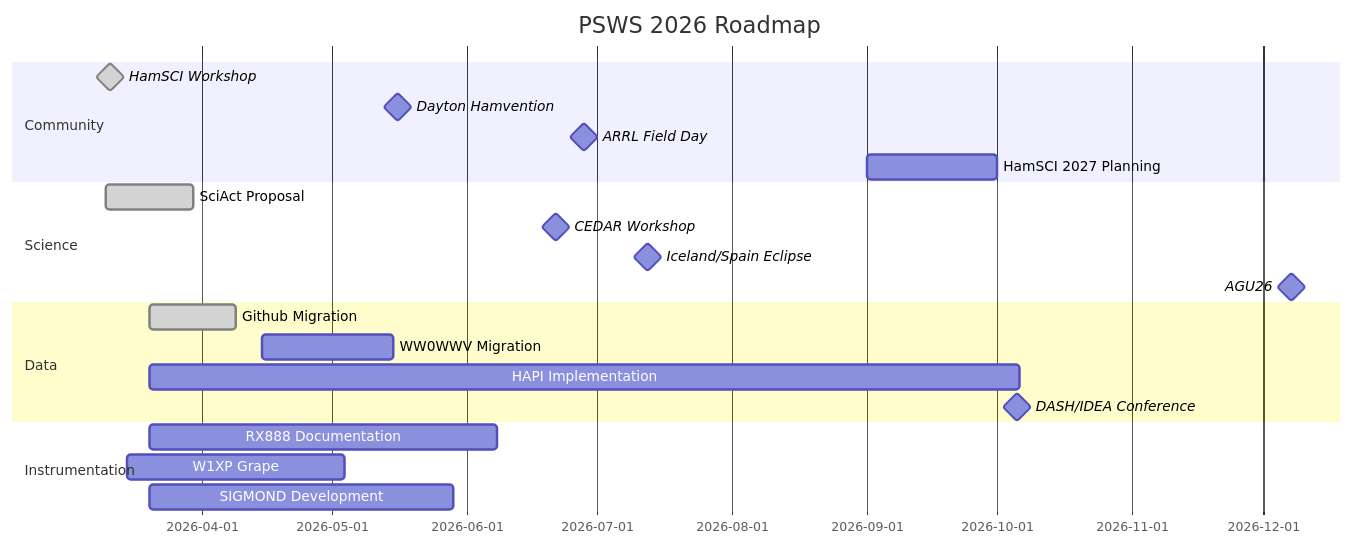
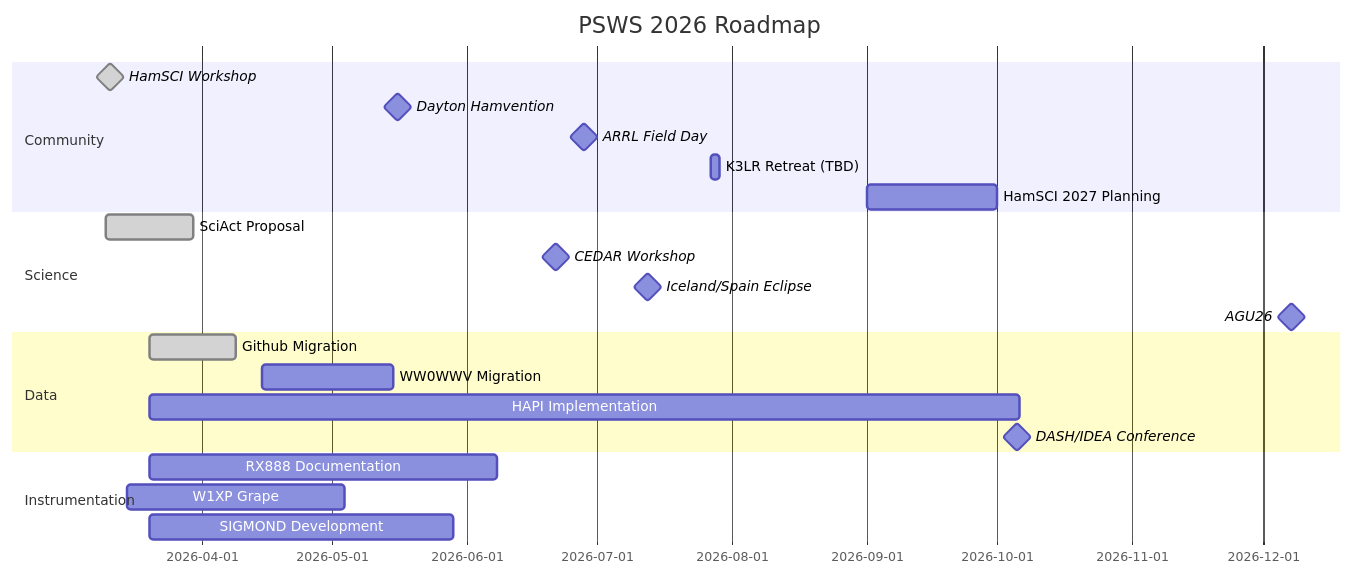
Before and after one commit to HamSCI/psws-charette: the diagram in HamSCI_2026_Gantt.md, drawn with Mermaid.

Commit message:
Update HamSCI_2026_Gantt.md
Added K3LR retreat (pending)

````diff
--- a/HamSCI_2026_Gantt.md
+++ b/HamSCI_2026_Gantt.md
@@ -1,28 +1,29 @@
 ```mermaid
 gantt
     title PSWS 2026 Roadmap
     dateFormat YYYY-MM
 section Community
         HamSCI Workshop       : done, milestone, hamsci, 2026-03-10, 2d 
         Dayton Hamvention       : milestone, hamvention, 2026-05-15, 2d
-        ARRL Field Day       : milestone, fieldday, 2026-06-27, 2d 
+        ARRL Field Day       : milestone, fieldday, 2026-06-27, 2d
+        K3LR Retreat (TBD):        k3lr, 2026-07-27, 2d
         HamSCI 2027 Planning       : planning, 2026-09-01, 30d 
                                 
 section Science
        SciAct Proposal    :done, sciact, 2026-03-10, 20d
         CEDAR Workshop    : milestone, CEDAR, 2026-06-21, 1d 
         Iceland/Spain Eclipse       : milestone, Eclipse, 2026-07-12, 1d
 AGU26       : milestone, AGu26, 2026-12-07, 1d 
 section Data
         Github Migration    :done, req1, 2026-03-20, 20d
                 WW0WWV Migration    :ww0wwv, 2026-04-15, 30d
                 HAPI Implementation    :hapi, 2026-03-20, 200d
        DASH/IDEA Conference      : milestone, DASH, 2026-10-05, 1d
 
                 
 section Instrumentation
         RX888 Documentation    :rx888, 2026-03-20, 80d
         W1XP Grape :rx888, 2026-03-15, 50d
         SIGMOND Development    :sigmond, 2026-03-20, 70d
 
 ```
````
